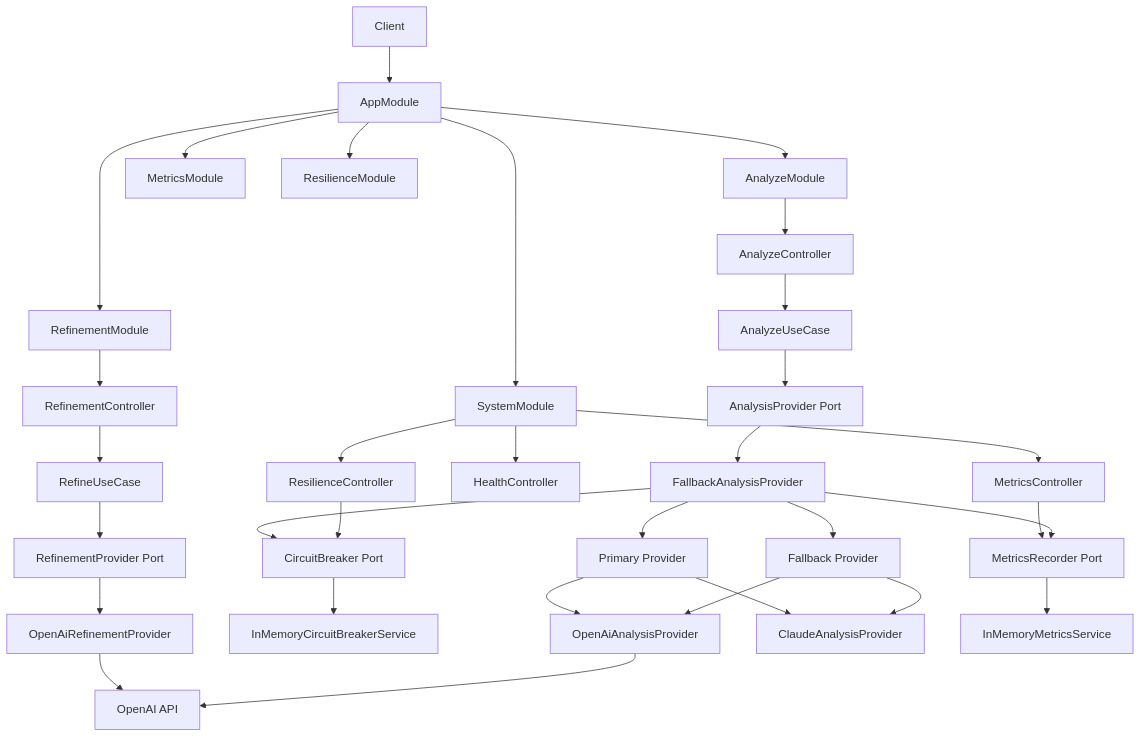
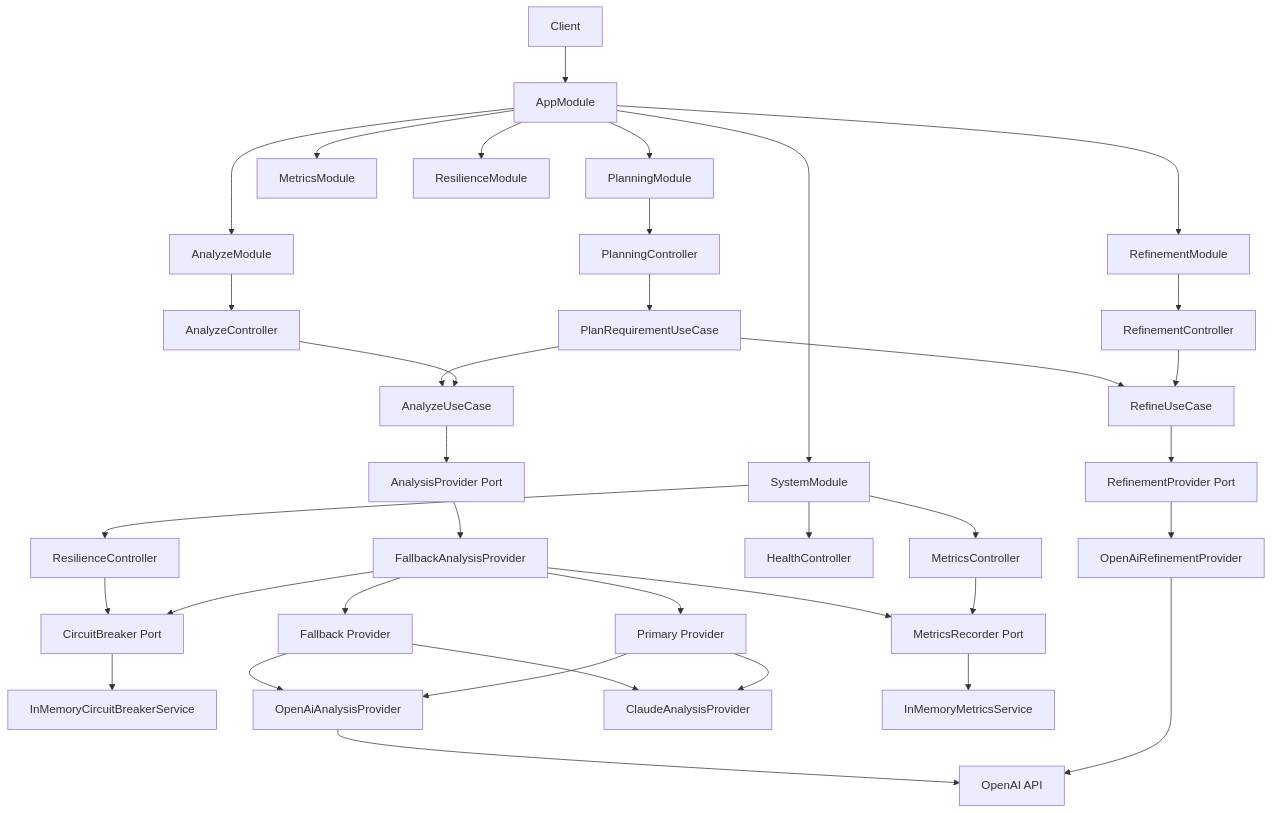
One commit to gustavoarielms/ai-orchestrator changed the diagram in docs/diagrams/architecture-overview.md. Above: the diagram before and after it, drawn with Mermaid. The commit also changed 7 other files, not shown here.

First line of the commit message:
docs: add orchestration flow and align documentation with planning module

````diff
--- a/docs/diagrams/architecture-overview.md
+++ b/docs/diagrams/architecture-overview.md
@@ -3,46 +3,52 @@
 ```mermaid
 flowchart TD
     Client[Client] --> App[AppModule]
 
     App --> AnalyzeModule[AnalyzeModule]
     App --> RefinementModule[RefinementModule]
+    App --> PlanningModule[PlanningModule]
     App --> SystemModule[SystemModule]
     App --> MetricsModule[MetricsModule]
     App --> ResilienceModule[ResilienceModule]
 
     AnalyzeModule --> AnalyzeController[AnalyzeController]
     AnalyzeController --> AnalyzeUseCase[AnalyzeUseCase]
     AnalyzeUseCase --> AnalysisProvider[AnalysisProvider Port]
 
     RefinementModule --> RefinementController[RefinementController]
     RefinementController --> RefineUseCase[RefineUseCase]
     RefineUseCase --> RefinementProvider[RefinementProvider Port]
     RefinementProvider --> OpenAiRefinementProvider[OpenAiRefinementProvider]
     OpenAiRefinementProvider --> OpenAI
+
+    PlanningModule --> PlanningController[PlanningController]
+    PlanningController --> PlanUseCase[PlanRequirementUseCase]
+    PlanUseCase --> RefineUseCase
+    PlanUseCase --> AnalyzeUseCase
 
     AnalysisProvider --> FallbackProvider[FallbackAnalysisProvider]
 
     FallbackProvider --> CircuitBreaker[CircuitBreaker Port]
     CircuitBreaker --> InMemoryCircuitBreaker[InMemoryCircuitBreakerService]
 
     FallbackProvider --> PrimaryProvider[Primary Provider]
     FallbackProvider --> SecondaryProvider[Fallback Provider]
 
     PrimaryProvider --> OpenAIProvider[OpenAiAnalysisProvider]
     PrimaryProvider --> ClaudeProvider[ClaudeAnalysisProvider]
 
     SecondaryProvider --> OpenAIProvider
     SecondaryProvider --> ClaudeProvider
 
     OpenAIProvider --> OpenAI[OpenAI API]
 
     SystemModule --> HealthController[HealthController]
     SystemModule --> MetricsController[MetricsController]
     SystemModule --> ResilienceController[ResilienceController]
 
     MetricsController --> MetricsRecorder[MetricsRecorder Port]
     MetricsRecorder --> InMemoryMetrics[InMemoryMetricsService]
 
     ResilienceController --> CircuitBreaker
     FallbackProvider --> MetricsRecorder
 ```
````
